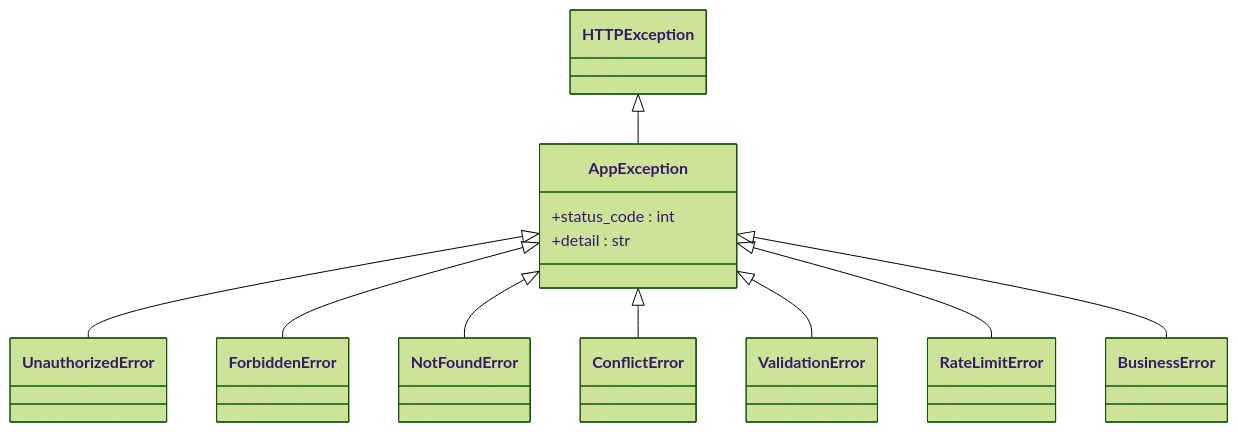
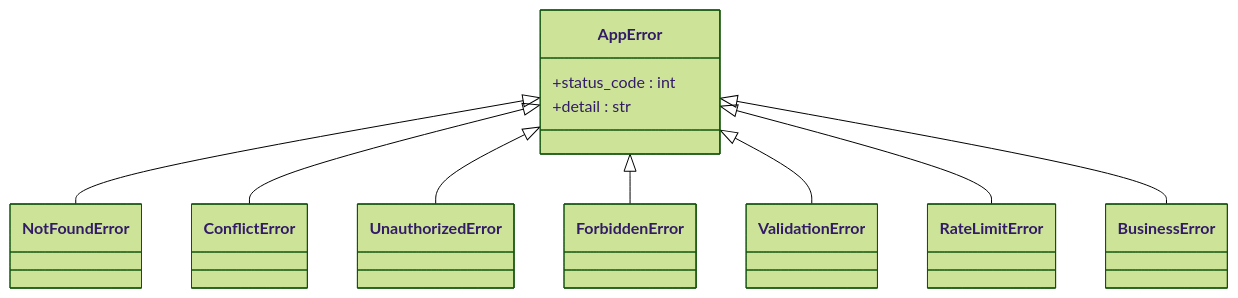
Before and after one commit to taoweidong/Hello-FastApi: the third of 7 diagrams in .qoder/repowiki/zh/content/核心模块/异常处理.md, drawn with Mermaid (forest theme). The commit also changed other lines of this file and 61 other files, not shown here.

````diff
--- a/.qoder/repowiki/zh/content/核心模块/异常处理.md
+++ b/.qoder/repowiki/zh/content/核心模块/异常处理.md
@@ -136,23 +158,21 @@
 ```mermaid
 classDiagram
-class HTTPException
-class AppException {
+class AppError {
 +status_code : int
 +detail : str
 }
+class NotFoundError
+class ConflictError
 class UnauthorizedError
 class ForbiddenError
-class NotFoundError
-class ConflictError
 class ValidationError
 class RateLimitError
 class BusinessError
-HTTPException <|-- AppException
-AppException <|-- UnauthorizedError
-AppException <|-- ForbiddenError
-AppException <|-- NotFoundError
-AppException <|-- ConflictError
-AppException <|-- ValidationError
-AppException <|-- RateLimitError
-AppException <|-- BusinessError
+AppError <|-- NotFoundError
+AppError <|-- ConflictError
+AppError <|-- UnauthorizedError
+AppError <|-- ForbiddenError
+AppError <|-- ValidationError
+AppError <|-- RateLimitError
+AppError <|-- BusinessError
 ```
````
